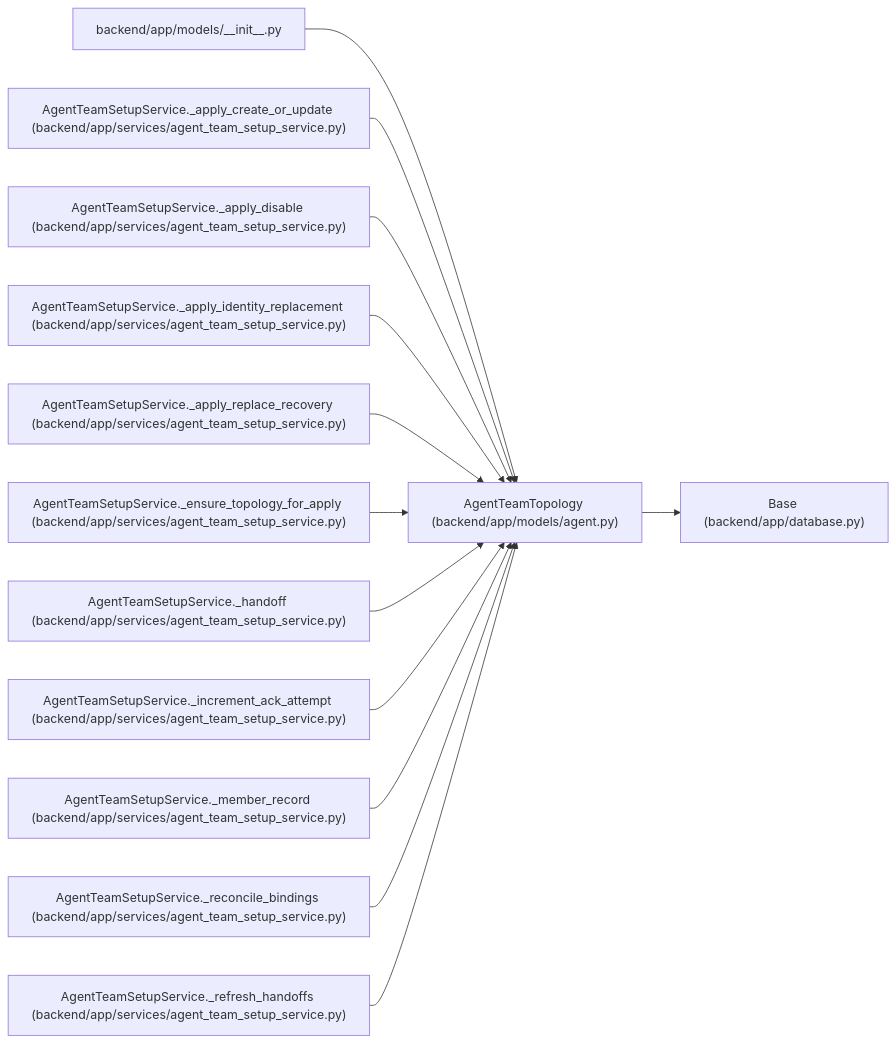
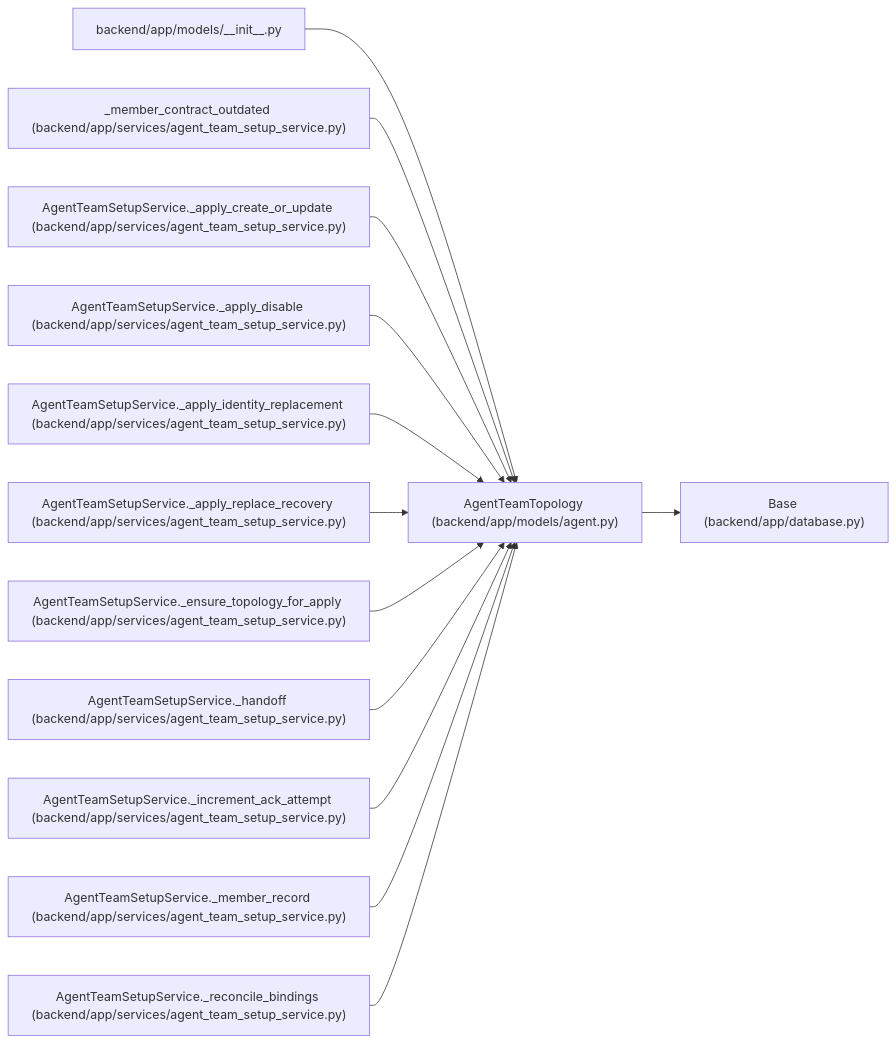
Before and after one commit to Denissvgn/WorkChord: the diagram in docs/llm_wiki/entities/AgentTeamTopology.md, drawn with Mermaid. The commit also changed other lines of this file and 829 other files, not shown here.

Commit message:
docs(wiki): refresh for team contracts stored under earlier role rules

````diff
--- a/docs/llm_wiki/entities/AgentTeamTopology.md
+++ b/docs/llm_wiki/entities/AgentTeamTopology.md
@@ -38,41 +38,41 @@
 ```mermaid
 flowchart LR
     n0["AgentTeamTopology (backend/app/models/agent.py)"]
     n1["Base (backend/app/database.py)"]
     n2["backend/app/models/__init__.py"]
-    n3["AgentTeamSetupService._apply_create_or_update (backend/app/services/agent_team_setup_service.py)"]
-    n4["AgentTeamSetupService._apply_disable (backend/app/services/agent_team_setup_service.py)"]
-    n5["AgentTeamSetupService._apply_identity_replacement (backend/app/services/agent_team_setup_service.py)"]
-    n6["AgentTeamSetupService._apply_replace_recovery (backend/app/services/agent_team_setup_service.py)"]
-    n7["AgentTeamSetupService._ensure_topology_for_apply (backend/app/services/agent_team_setup_service.py)"]
-    n8["AgentTeamSetupService._handoff (backend/app/services/agent_team_setup_service.py)"]
-    n9["AgentTeamSetupService._increment_ack_attempt (backend/app/services/agent_team_setup_service.py)"]
-    n10["AgentTeamSetupService._member_record (backend/app/services/agent_team_setup_service.py)"]
-    n11["AgentTeamSetupService._reconcile_bindings (backend/app/services/agent_team_setup_service.py)"]
-    n12["AgentTeamSetupService._refresh_handoffs (backend/app/services/agent_team_setup_service.py)"]
+    n3["_member_contract_outdated (backend/app/services/agent_team_setup_service.py)"]
+    n4["AgentTeamSetupService._apply_create_or_update (backend/app/services/agent_team_setup_service.py)"]
+    n5["AgentTeamSetupService._apply_disable (backend/app/services/agent_team_setup_service.py)"]
+    n6["AgentTeamSetupService._apply_identity_replacement (backend/app/services/agent_team_setup_service.py)"]
+    n7["AgentTeamSetupService._apply_replace_recovery (backend/app/services/agent_team_setup_service.py)"]
+    n8["AgentTeamSetupService._ensure_topology_for_apply (backend/app/services/agent_team_setup_service.py)"]
+    n9["AgentTeamSetupService._handoff (backend/app/services/agent_team_setup_service.py)"]
+    n10["AgentTeamSetupService._increment_ack_attempt (backend/app/services/agent_team_setup_service.py)"]
+    n11["AgentTeamSetupService._member_record (backend/app/services/agent_team_setup_service.py)"]
+    n12["AgentTeamSetupService._reconcile_bindings (backend/app/services/agent_team_setup_service.py)"]
     n0 --> n1
     n2 --> n0
     n3 --> n0
     n4 --> n0
     n5 --> n0
     n6 --> n0
     n7 --> n0
     n8 --> n0
     n9 --> n0
     n10 --> n0
     n11 --> n0
     n12 --> n0
     click n0 "../modules/models_agent.md"
     click n1 "../modules/app_database.md"
     click n2 "../modules/models___init__.md"
     click n3 "../modules/agent_team_setup_service.md"
     click n4 "../modules/agent_team_setup_service.md"
     click n5 "../modules/agent_team_setup_service.md"
     click n6 "../modules/agent_team_setup_service.md"
     click n7 "../modules/agent_team_setup_service.md"
     click n8 "../modules/agent_team_setup_service.md"
     click n9 "../modules/agent_team_setup_service.md"
     click n10 "../modules/agent_team_setup_service.md"
     click n11 "../modules/agent_team_setup_service.md"
     click n12 "../modules/agent_team_setup_service.md"
 ```
````
